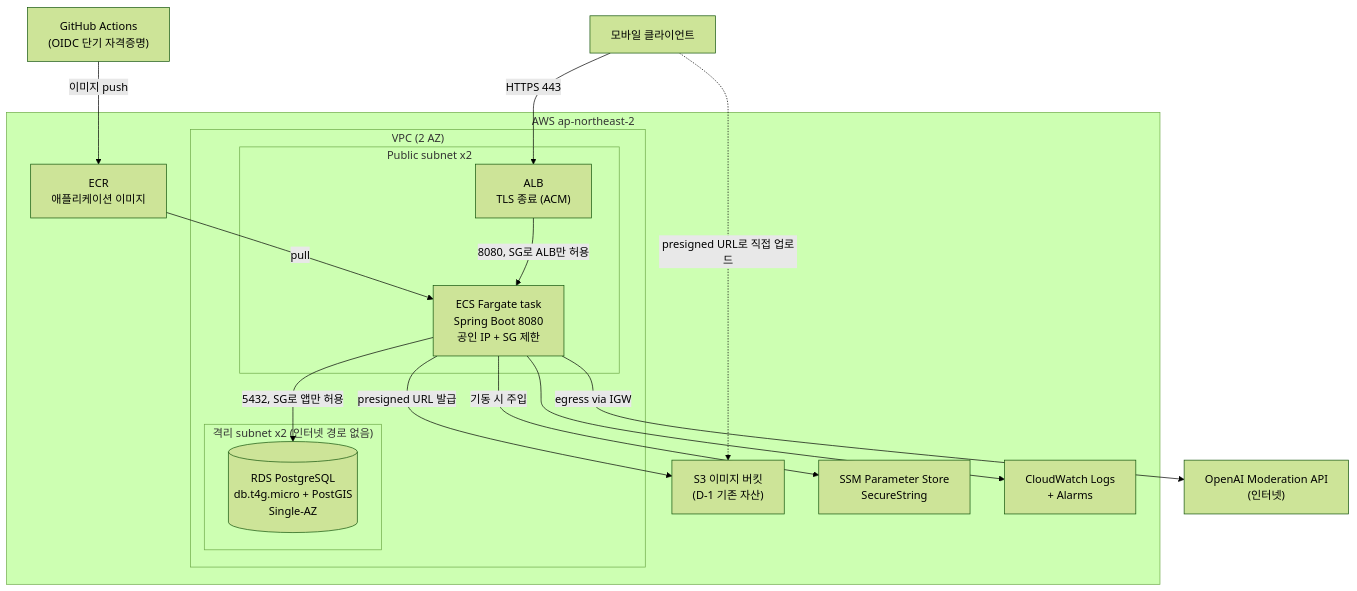
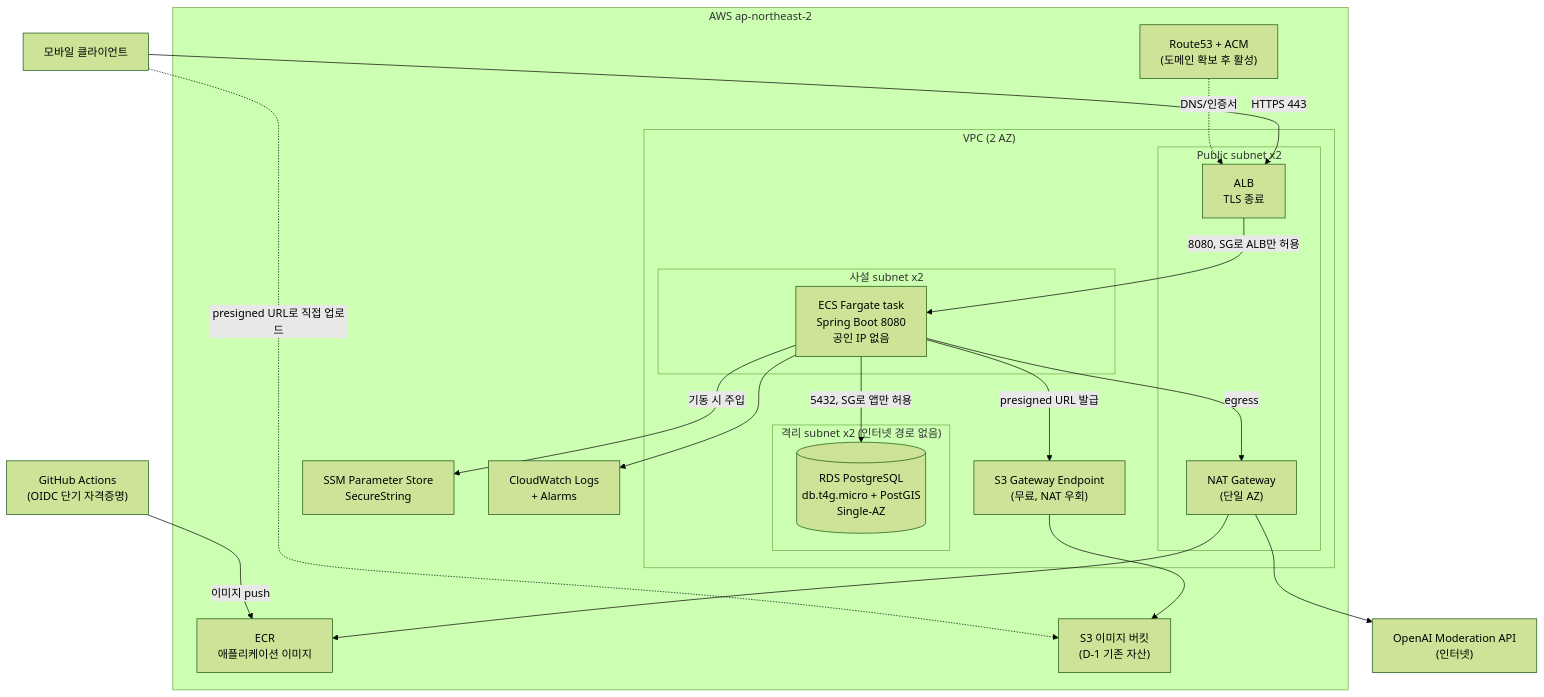
One commit to dnd-side-project/dnd-15th-2-backend changed the diagram in docs/reports/infrastructure/gh-132-D-2.md. Above: the diagram before and after it, drawn with Mermaid (forest theme). The commit also changed other lines of this file and 1 other file, not shown here.

````diff
--- a/docs/reports/infrastructure/gh-132-D-2.md
+++ b/docs/reports/infrastructure/gh-132-D-2.md
@@ -127,34 +170,43 @@
 ```mermaid
 flowchart TB
     Client["모바일 클라이언트"]
     GHA["GitHub Actions<br/>(OIDC 단기 자격증명)"]
+    OpenAI["OpenAI Moderation API<br/>(인터넷)"]
 
     subgraph AWS["AWS ap-northeast-2"]
         ECR["ECR<br/>애플리케이션 이미지"]
+        R53["Route53 + ACM<br/>(도메인 확보 후 활성)"]
+
         subgraph VPC["VPC (2 AZ)"]
             subgraph Public["Public subnet x2"]
-                ALB["ALB<br/>TLS 종료 (ACM)"]
-                Task["ECS Fargate task<br/>Spring Boot 8080<br/>공인 IP + SG 제한"]
+                ALB["ALB<br/>TLS 종료"]
+                NAT["NAT Gateway<br/>(단일 AZ)"]
+            end
+            subgraph Private["사설 subnet x2"]
+                Task["ECS Fargate task<br/>Spring Boot 8080<br/>공인 IP 없음"]
             end
             subgraph Isolated["격리 subnet x2 (인터넷 경로 없음)"]
                 RDS[("RDS PostgreSQL<br/>db.t4g.micro + PostGIS<br/>Single-AZ")]
             end
+            S3EP["S3 Gateway Endpoint<br/>(무료, NAT 우회)"]
         end
+
         S3img["S3 이미지 버킷<br/>(D-1 기존 자산)"]
         SSM["SSM Parameter Store<br/>SecureString"]
         CW["CloudWatch Logs<br/>+ Alarms"]
     end
 
-    OpenAI["OpenAI Moderation API<br/>(인터넷)"]
-
     Client -->|HTTPS 443| ALB
+    R53 -.->|DNS/인증서| ALB
     ALB -->|8080, SG로 ALB만 허용| Task
     Task -->|5432, SG로 앱만 허용| RDS
-    Task -->|presigned URL 발급| S3img
+    Task -->|presigned URL 발급| S3EP
+    S3EP --> S3img
     Client -.->|presigned URL로 직접 업로드| S3img
-    Task -->|egress via IGW| OpenAI
+    Task -->|egress| NAT
+    NAT --> OpenAI
+    NAT --> ECR
     Task --> CW
     Task -->|기동 시 주입| SSM
     GHA -->|이미지 push| ECR
-    ECR -->|pull| Task
 ```
````
